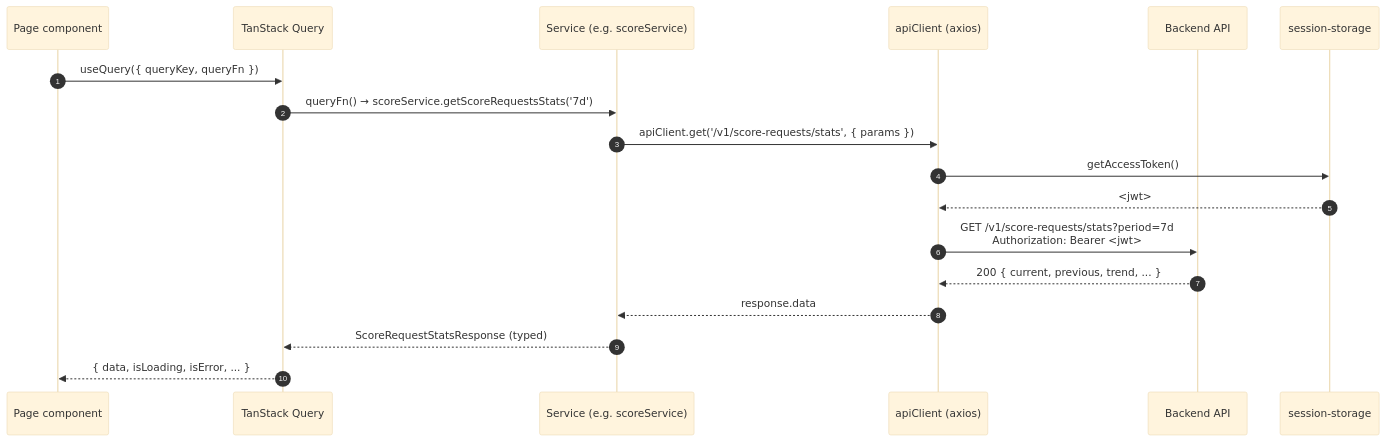
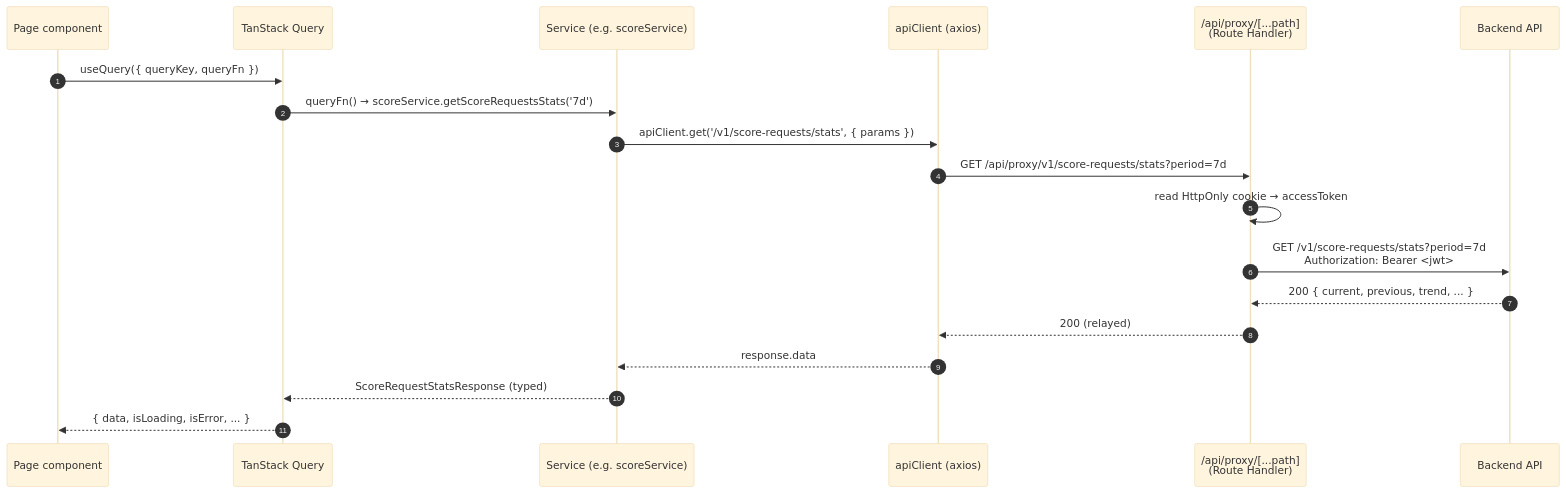
Before and after one commit to blacheinc/payswitch-cs-frontend: the second of 3 diagrams in docs/architecture.md, drawn with Mermaid (base theme). The commit also changed other lines of this file and 42 other files, not shown here.

````diff
--- a/docs/architecture.md
+++ b/docs/architecture.md
@@ -145,21 +147,22 @@
 ```mermaid
 sequenceDiagram
     autonumber
     participant Page as Page component
     participant RQ as TanStack Query
     participant Svc as Service (e.g. scoreService)
     participant Axios as apiClient (axios)
+    participant Proxy as /api/proxy/[...path]<br/>(Route Handler)
     participant API as Backend API
-    participant Session as session-storage
 
     Page->>RQ: useQuery({ queryKey, queryFn })
     RQ->>Svc: queryFn() → scoreService.getScoreRequestsStats('7d')
     Svc->>Axios: apiClient.get('/v1/score-requests/stats', { params })
-    Axios->>Session: getAccessToken()
-    Session-->>Axios: <jwt>
-    Axios->>API: GET /v1/score-requests/stats?period=7d<br/>Authorization: Bearer <jwt>
-    API-->>Axios: 200 { current, previous, trend, ... }
+    Axios->>Proxy: GET /api/proxy/v1/score-requests/stats?period=7d
+    Proxy->>Proxy: read HttpOnly cookie → accessToken
+    Proxy->>API: GET /v1/score-requests/stats?period=7d<br/>Authorization: Bearer <jwt>
+    API-->>Proxy: 200 { current, previous, trend, ... }
+    Proxy-->>Axios: 200 (relayed)
     Axios-->>Svc: response.data
     Svc-->>RQ: ScoreRequestStatsResponse (typed)
     RQ-->>Page: { data, isLoading, isError, ... }
 ```
````
